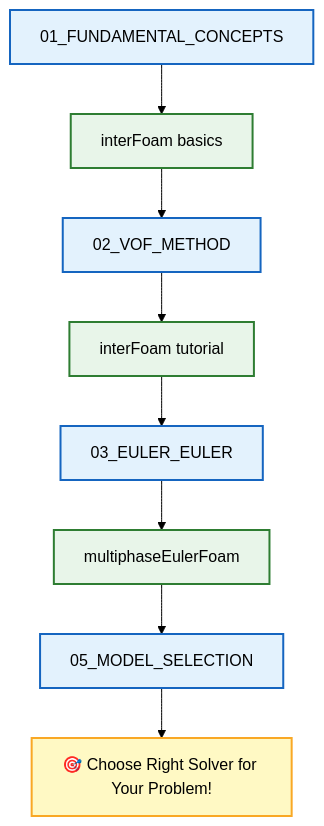
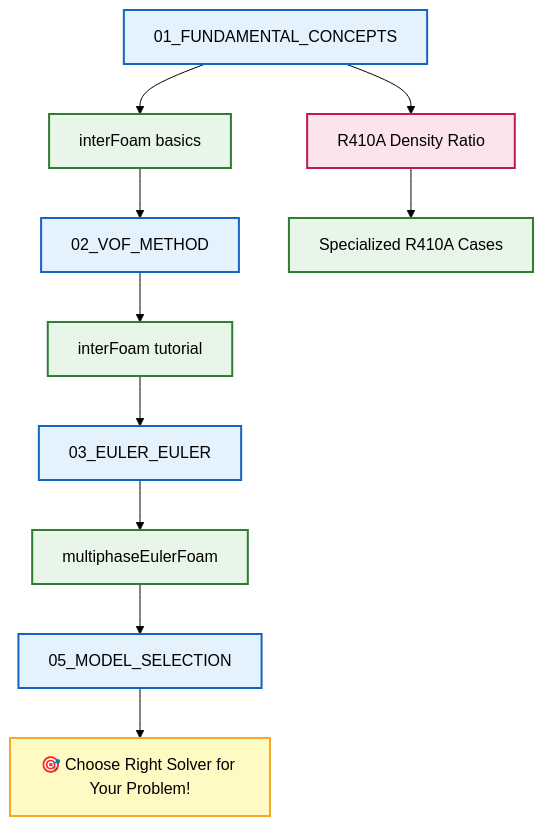
The diagram in MODULE_04_MULTIPHASE_FUNDAMENTALS/00_Navigator.md (wramet/build-my-cfd), drawn with Mermaid (forest theme) before and after one commit. The commit also changed other lines of this file and 332 other files, not shown here.

````diff
--- a/MODULE_04_MULTIPHASE_FUNDAMENTALS/00_Navigator.md
+++ b/MODULE_04_MULTIPHASE_FUNDAMENTALS/00_Navigator.md
@@ -335,14 +336,17 @@
 ```mermaid
 graph TD
     classDef content fill:#e3f2fd,stroke:#1565c0,stroke-width:2px
     classDef code fill:#e8f5e9,stroke:#2e7d32,stroke-width:2px
     classDef milestone fill:#fff9c4,stroke:#f9a825,stroke-width:2px
+    classDef special fill:#fce4ec,stroke:#c2185b,stroke-width:2px
 
     A[01_FUNDAMENTAL_CONCEPTS]:::content --> B[interFoam basics]:::code
     B --> C[02_VOF_METHOD]:::content
     C --> D[interFoam tutorial]:::code
     D --> E[03_EULER_EULER]:::content
     E --> F[multiphaseEulerFoam]:::code
     F --> G[05_MODEL_SELECTION]:::content
     G --> H[🎯 Choose Right Solver for Your Problem!]:::milestone
+    A --> I[R410A Density Ratio]:::special
+    I --> J[Specialized R410A Cases]:::code
 ```
````
